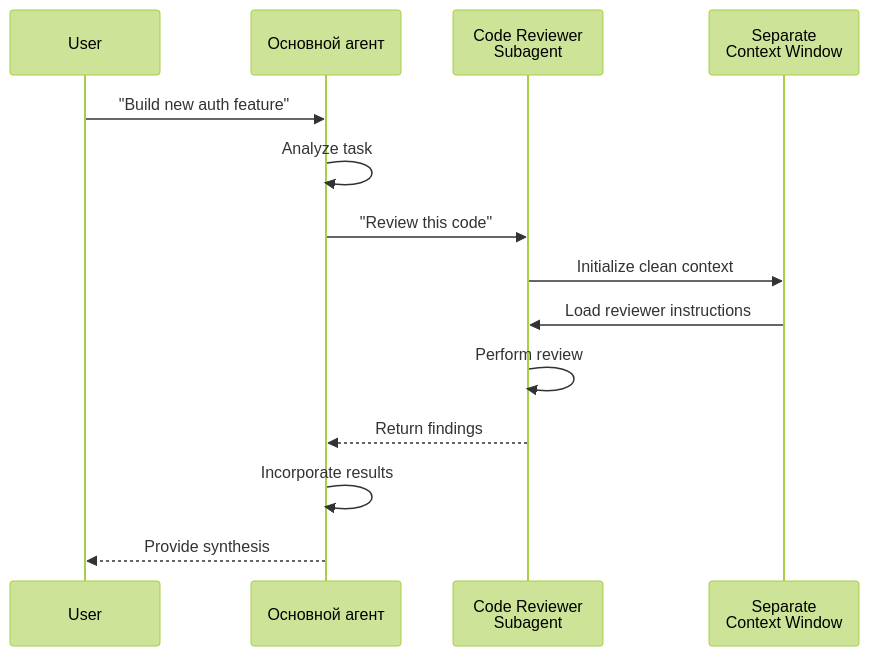
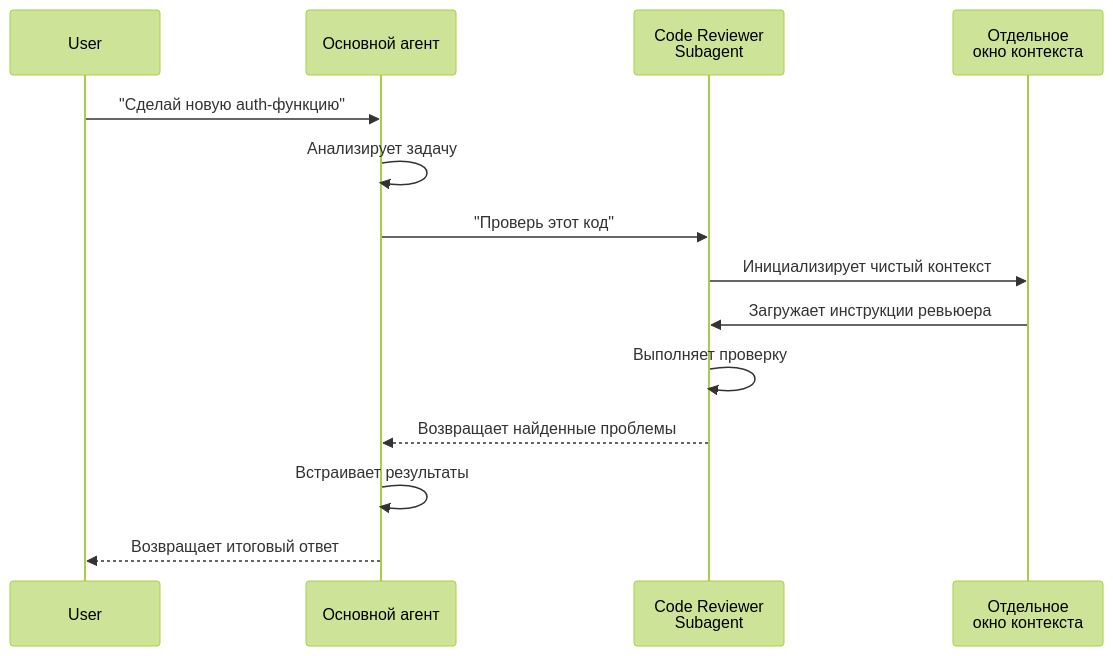
Before and after one commit to srpvpn/claude-howto-ru: the fifth of 7 diagrams in 04-subagents/README.md, drawn with Mermaid (forest theme). The commit also changed other lines of this file and 2 other files, not shown here.

````diff
--- a/04-subagents/README.md
+++ b/04-subagents/README.md
@@ -769,17 +769,17 @@
 ```mermaid
 sequenceDiagram
     participant User
     participant MainAgent as Основной агент
     participant CodeReviewer as Code Reviewer<br/>Subagent
-    participant Context as Separate<br/>Context Window
+    participant Context as Отдельное<br/>окно контекста
 
-    User->>MainAgent: "Build new auth feature"
-    MainAgent->>MainAgent: Analyze task
-    MainAgent->>CodeReviewer: "Review this code"
-    CodeReviewer->>Context: Initialize clean context
-    Context->>CodeReviewer: Load reviewer instructions
-    CodeReviewer->>CodeReviewer: Perform review
-    CodeReviewer-->>MainAgent: Return findings
-    MainAgent->>MainAgent: Incorporate results
-    MainAgent-->>User: Provide synthesis
+    User->>MainAgent: "Сделай новую auth-функцию"
+    MainAgent->>MainAgent: Анализирует задачу
+    MainAgent->>CodeReviewer: "Проверь этот код"
+    CodeReviewer->>Context: Инициализирует чистый контекст
+    Context->>CodeReviewer: Загружает инструкции ревьюера
+    CodeReviewer->>CodeReviewer: Выполняет проверку
+    CodeReviewer-->>MainAgent: Возвращает найденные проблемы
+    MainAgent->>MainAgent: Встраивает результаты
+    MainAgent-->>User: Возвращает итоговый ответ
 ```
````
